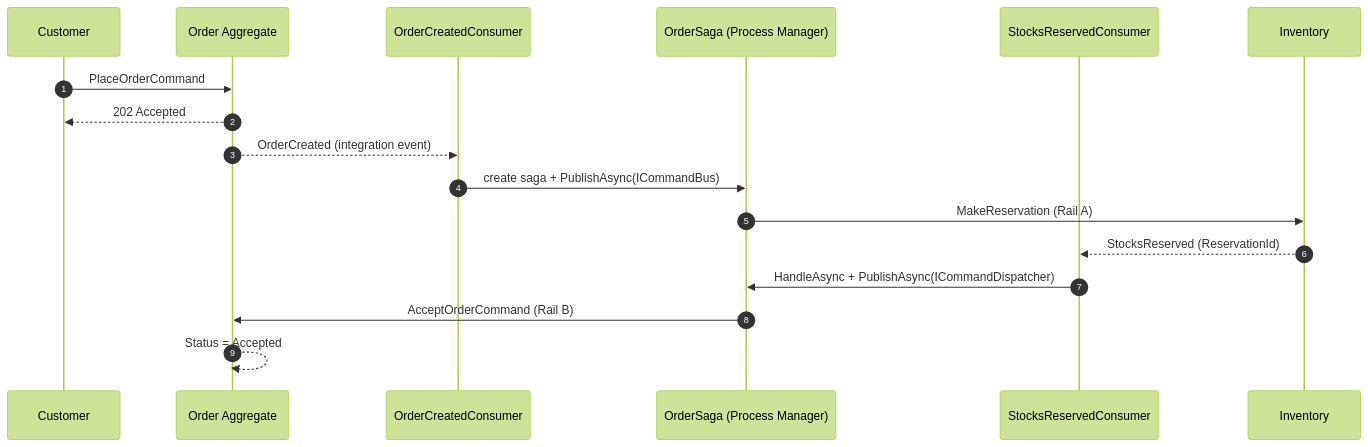
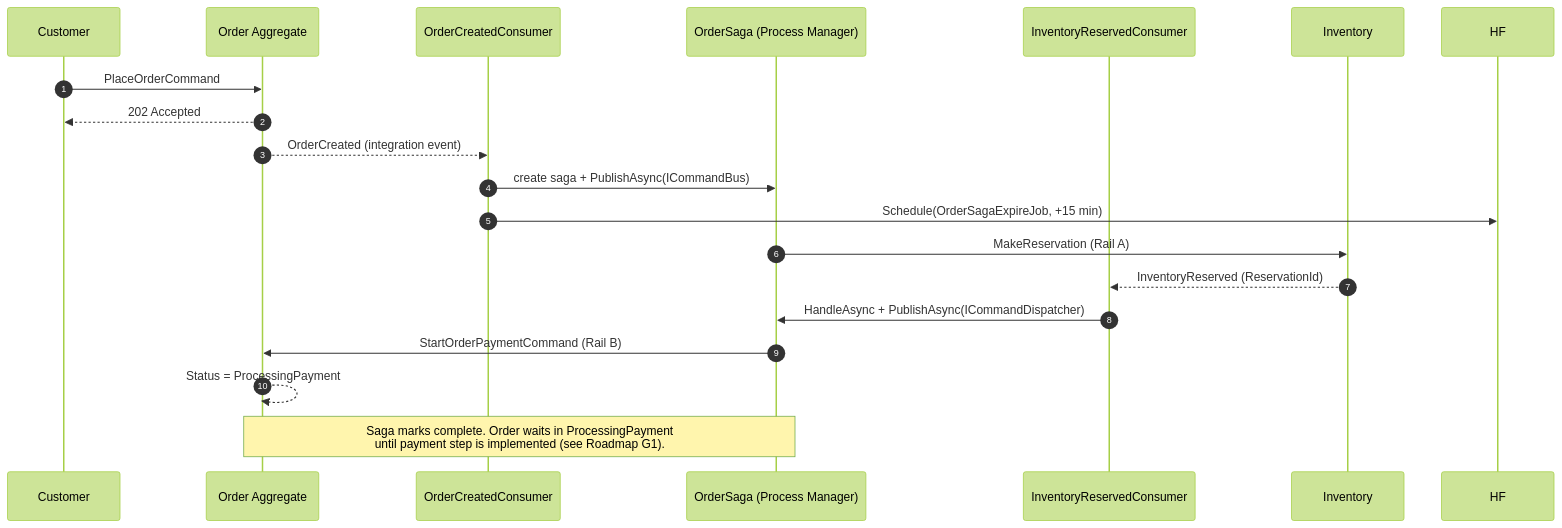
One commit to mnnam1302/EShop changed the ninth of 12 diagrams in Order/src/EShop.Order.API/README.md. Above: the diagram before and after it, drawn with Mermaid (forest theme). The commit also changed other lines of this file and 10 other files, not shown here.

````diff
--- a/Order/src/EShop.Order.API/README.md
+++ b/Order/src/EShop.Order.API/README.md
@@ -232,21 +292,23 @@
 ```mermaid
 sequenceDiagram
     autonumber
     participant C   as Customer
     participant OA  as Order Aggregate
     participant OC  as OrderCreatedConsumer
     participant PM  as OrderSaga (Process Manager)
-    participant SR  as StocksReservedConsumer
+    participant IRC as InventoryReservedConsumer
     participant INV as Inventory
 
     C->>OA: PlaceOrderCommand
     OA-->>C: 202 Accepted
     OA-->>OC: OrderCreated (integration event)
     OC->>PM: create saga + PublishAsync(ICommandBus)
+    OC->>HF: Schedule(OrderSagaExpireJob, +15 min)
     PM->>INV: MakeReservation (Rail A)
 
-    INV-->>SR: StocksReserved (ReservationId)
-    SR->>PM: HandleAsync + PublishAsync(ICommandDispatcher)
-    PM->>OA: AcceptOrderCommand (Rail B)
-    OA-->>OA: Status = Accepted
+    INV-->>IRC: InventoryReserved (ReservationId)
+    IRC->>PM: HandleAsync + PublishAsync(ICommandDispatcher)
+    PM->>OA: StartOrderPaymentCommand (Rail B)
+    OA-->>OA: Status = ProcessingPayment
+    Note over PM,OA: Saga marks complete. Order waits in ProcessingPayment<br/>until payment step is implemented (see Roadmap G1).
 ```
````
